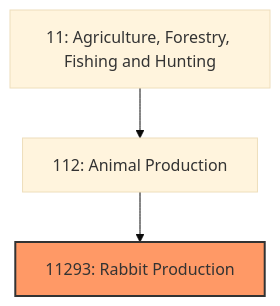
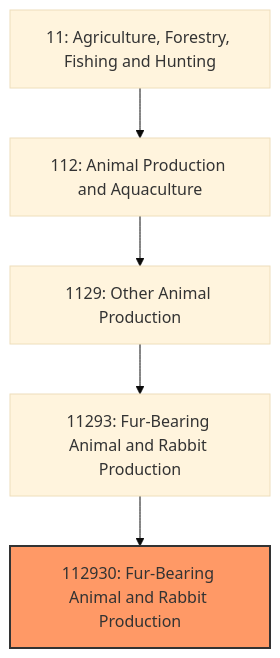
Before and after one commit to kziemski/business.org.ai: the first of 3 diagrams in industries/Agriculture/AnimalProduction/RabbitProduction.mdx, drawn with Mermaid (base theme). The commit also changed other lines of this file and 67 other files, not shown here.

````diff
--- a/industries/Agriculture/AnimalProduction/RabbitProduction.mdx
+++ b/industries/Agriculture/AnimalProduction/RabbitProduction.mdx
@@ -20,7 +34,9 @@
 ```mermaid
 graph TD
     S11["11: Agriculture, Forestry, Fishing and Hunting"]
-    S11 --> N112["112: Animal Production"]
-    N112 --> N11293["11293: Rabbit Production"]
-    style N11293 fill:#f96,stroke:#333,stroke-width:2px
+    S11 --> N112["112: Animal Production and Aquaculture"]
+    N112 --> N1129["1129: Other Animal Production"]
+    N1129 --> N11293["11293: Fur-Bearing Animal and Rabbit Production"]
+    N11293 --> N112930["112930: Fur-Bearing Animal and Rabbit Production"]
+    style N112930 fill:#f96,stroke:#333,stroke-width:2px
 ```
````
